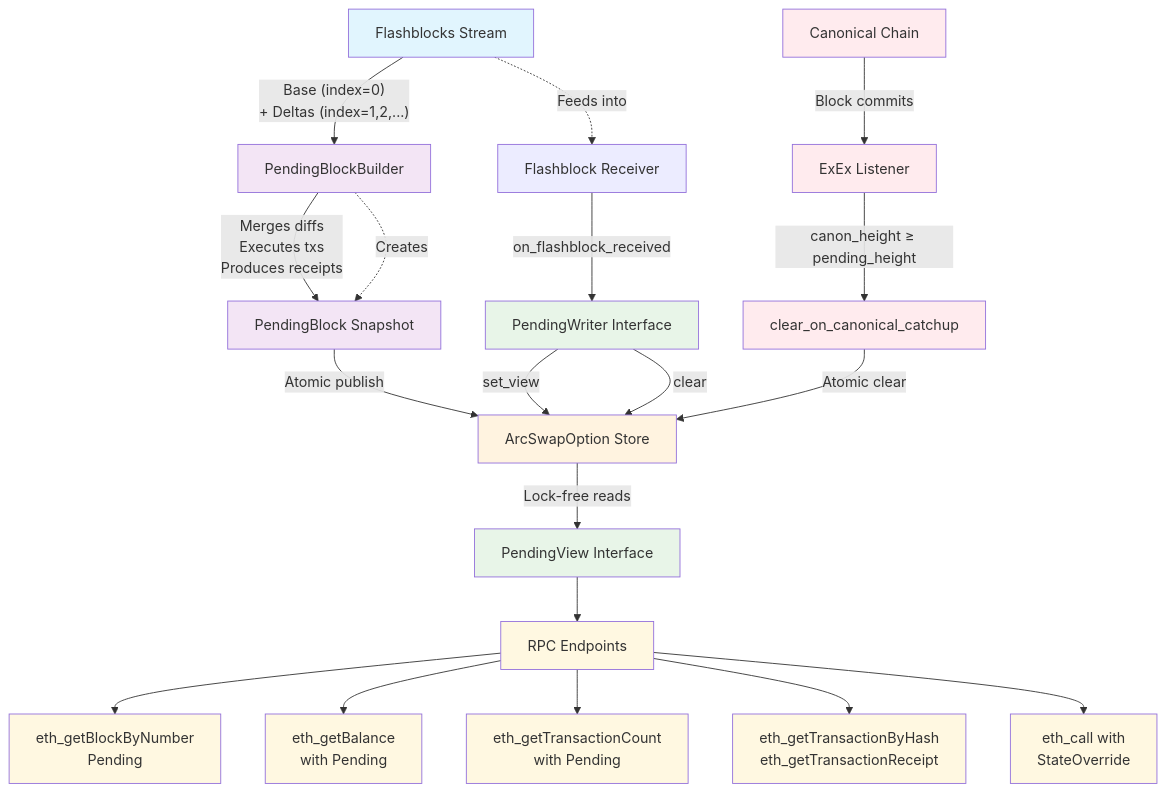
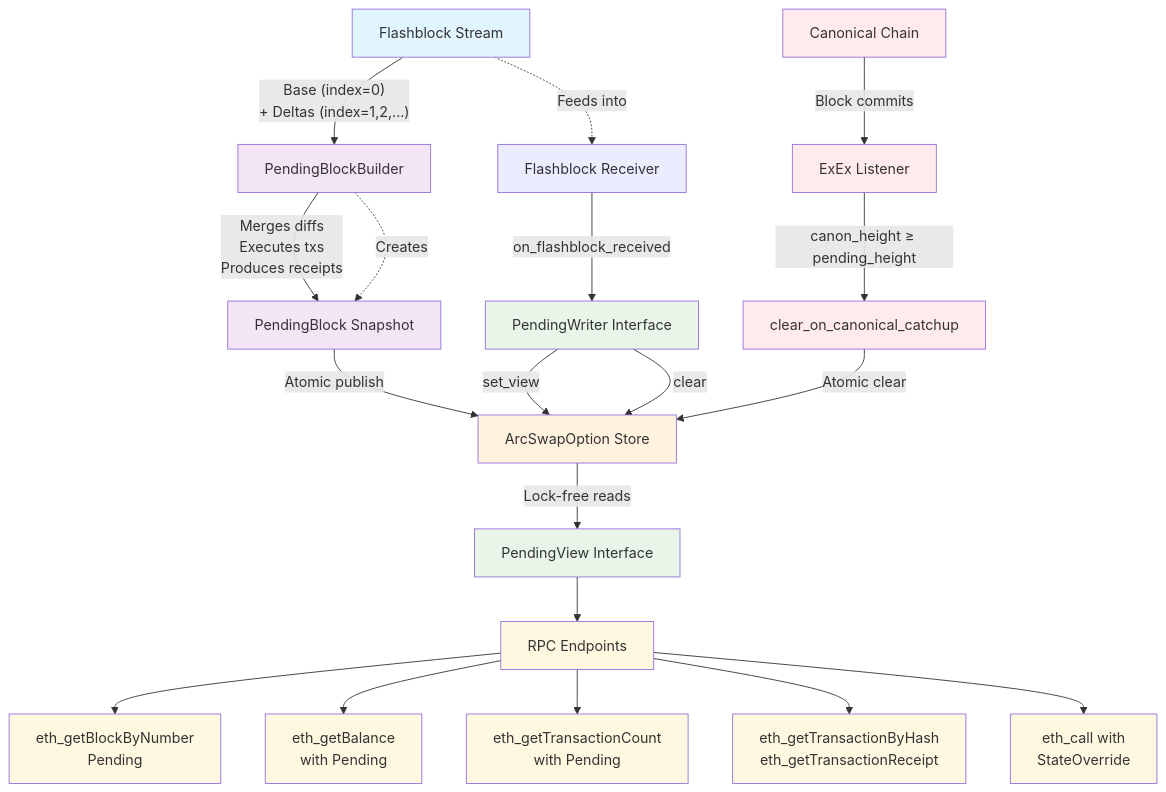
Before and after one commit to base/base: the diagram in crates/flashblocks-rpc/src/tests/README.md, drawn with Mermaid. The commit also changed other lines of this file, not shown here.

````diff
--- a/crates/flashblocks-rpc/src/tests/README.md
+++ b/crates/flashblocks-rpc/src/tests/README.md
@@ -34,46 +34,46 @@
 ```mermaid
 graph TD
-    A["Flashblocks Stream"] -->|"Base (index=0)<br/>+ Deltas (index=1,2,...)"| B["PendingBlockBuilder"]
+    A["Flashblock Stream"] -->|"Base (index=0)<br/>+ Deltas (index=1,2,...)"| B["PendingBlockBuilder"]
     
     B -->|"Merges diffs<br/>Executes txs<br/>Produces receipts"| C["PendingBlock Snapshot"]
     
     C -->|"Atomic publish"| D["ArcSwapOption Store"]
     
     D -->|"Lock-free reads"| E["PendingView Interface"]
     
     E --> F["RPC Endpoints"]
     F --> G["eth_getBlockByNumber<br/>Pending"]
     F --> H["eth_getBalance<br/>with Pending"]
     F --> I["eth_getTransactionCount<br/>with Pending"]
     F --> J["eth_getTransactionByHash<br/>eth_getTransactionReceipt"]
     F --> K["eth_call with<br/>StateOverride"]
     
     %% ExEx clearing mechanism
     L["Canonical Chain"] -->|"Block commits"| M["ExEx Listener"]
     M -->|"canon_height ≥ pending_height"| N["clear_on_canonical_catchup"]
     N -->|"Atomic clear"| D
     
     %% Writer interface
     O["Flashblock Receiver"] -->|"on_flashblock_received"| P["PendingWriter Interface"]
     P -->|"set_view"| D
     P -->|"clear"| D
     
     %% Data flow connections
     A -.->|"Feeds into"| O
     B -.->|"Creates"| C
     
     %% Styling
     classDef stream fill:#e1f5fe
     classDef processing fill:#f3e5f5
     classDef storage fill:#fff3e0
     classDef interface fill:#e8f5e8
     classDef rpc fill:#fff8e1
     classDef exex fill:#ffebee
     
     class A stream
     class B,C processing
     class D storage
     class E,P interface
     class F,G,H,I,J,K rpc
     class L,M,N exex
 ```
````
